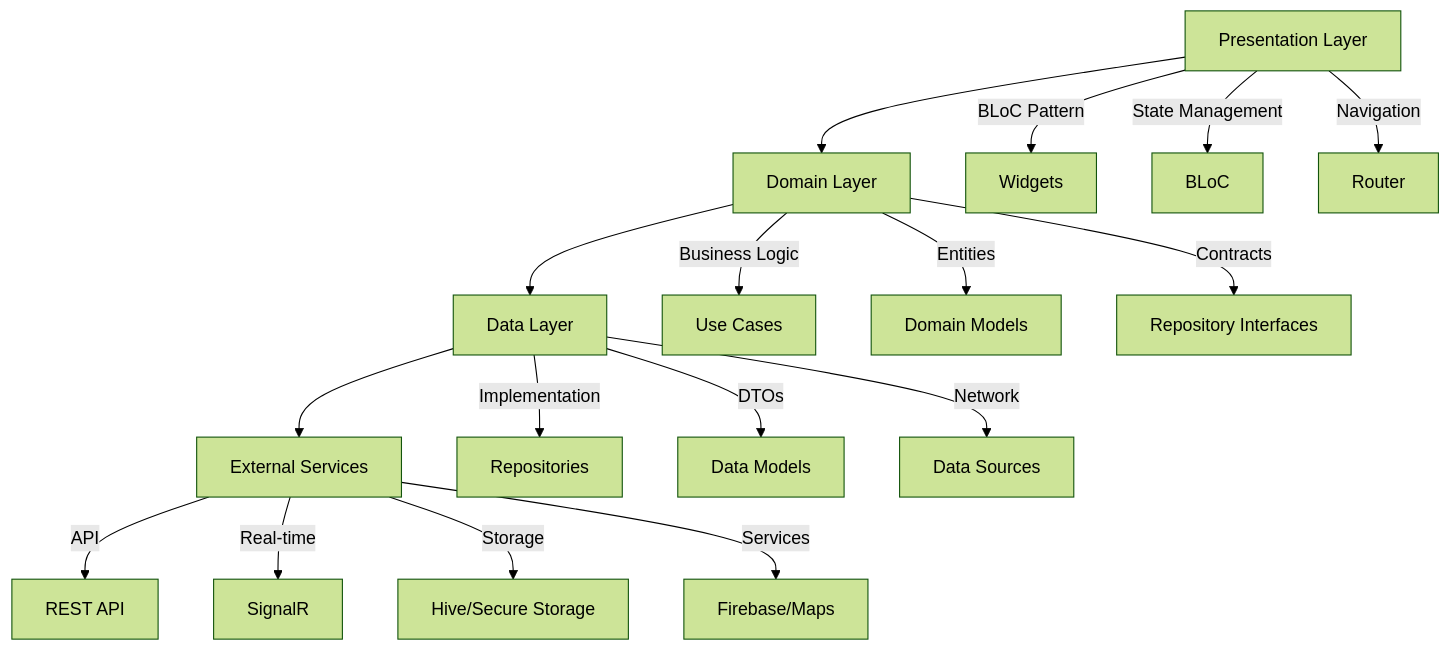
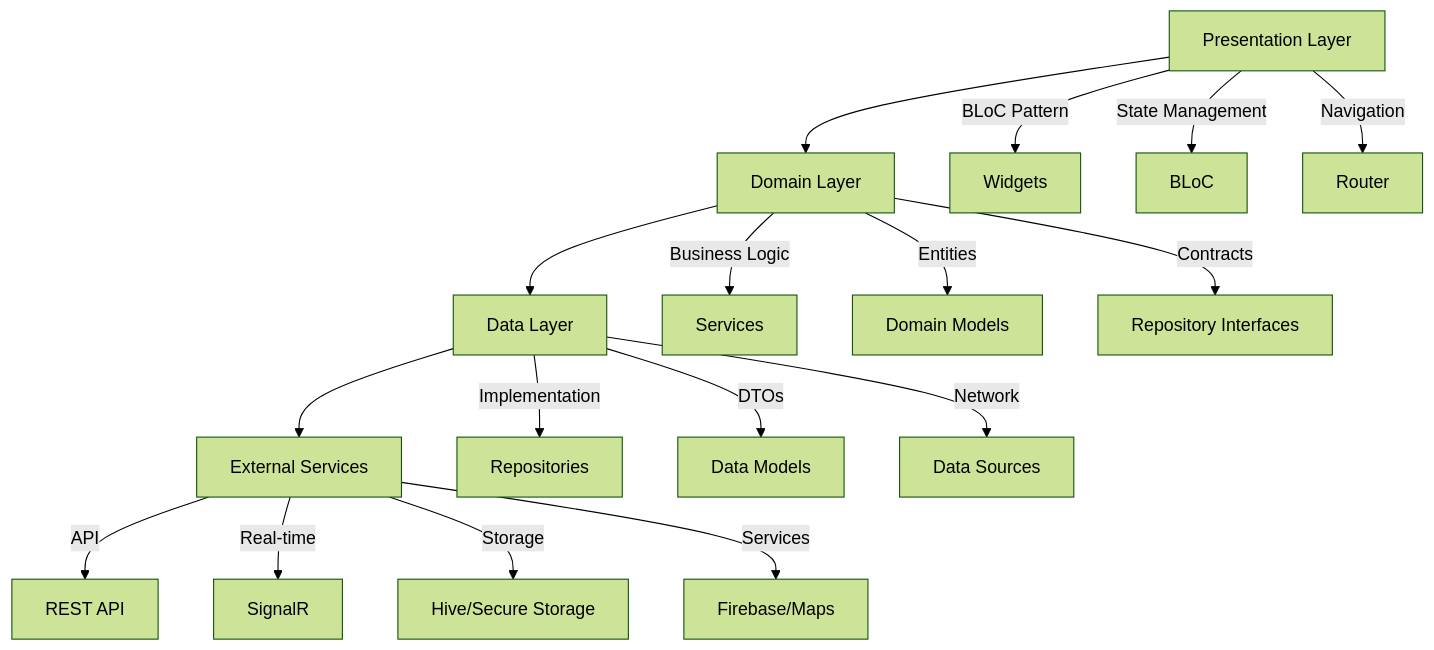
One commit to osmanaliaydemir/getir changed the diagram in getir_mobile/README.md. Above: the diagram before and after it, drawn with Mermaid (forest theme). The commit also changed other lines of this file and 42 other files, not shown here.

````diff
--- a/getir_mobile/README.md
+++ b/getir_mobile/README.md
@@ -56,23 +56,23 @@
 ```mermaid
 graph TD
     A[Presentation Layer] --> B[Domain Layer]
     B --> C[Data Layer]
     C --> D[External Services]
     
     A -->|BLoC Pattern| A1[Widgets]
     A -->|State Management| A2[BLoC]
     A -->|Navigation| A3[Router]
     
-    B -->|Business Logic| B1[Use Cases]
+    B -->|Business Logic| B1[Services]
     B -->|Entities| B2[Domain Models]
     B -->|Contracts| B3[Repository Interfaces]
     
     C -->|Implementation| C1[Repositories]
     C -->|DTOs| C2[Data Models]
     C -->|Network| C3[Data Sources]
     
     D -->|API| D1[REST API]
     D -->|Real-time| D2[SignalR]
     D -->|Storage| D3[Hive/Secure Storage]
     D -->|Services| D4[Firebase/Maps]
 ```
````
